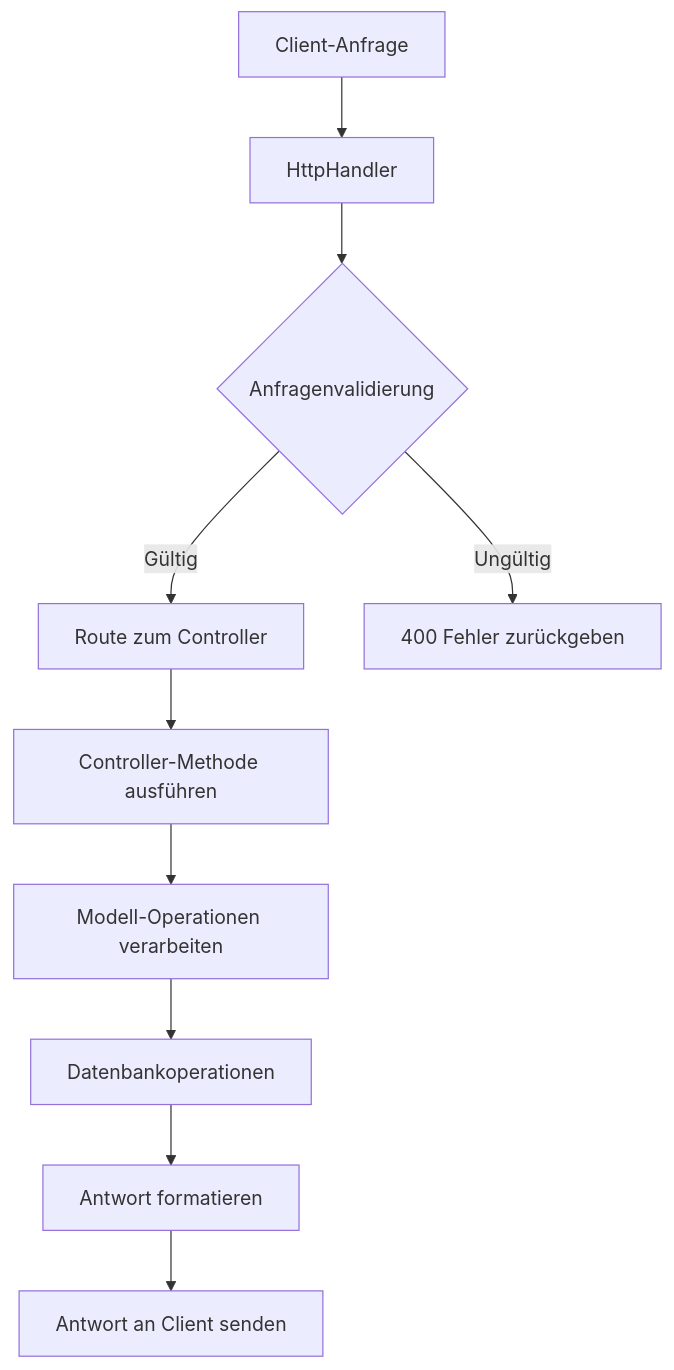
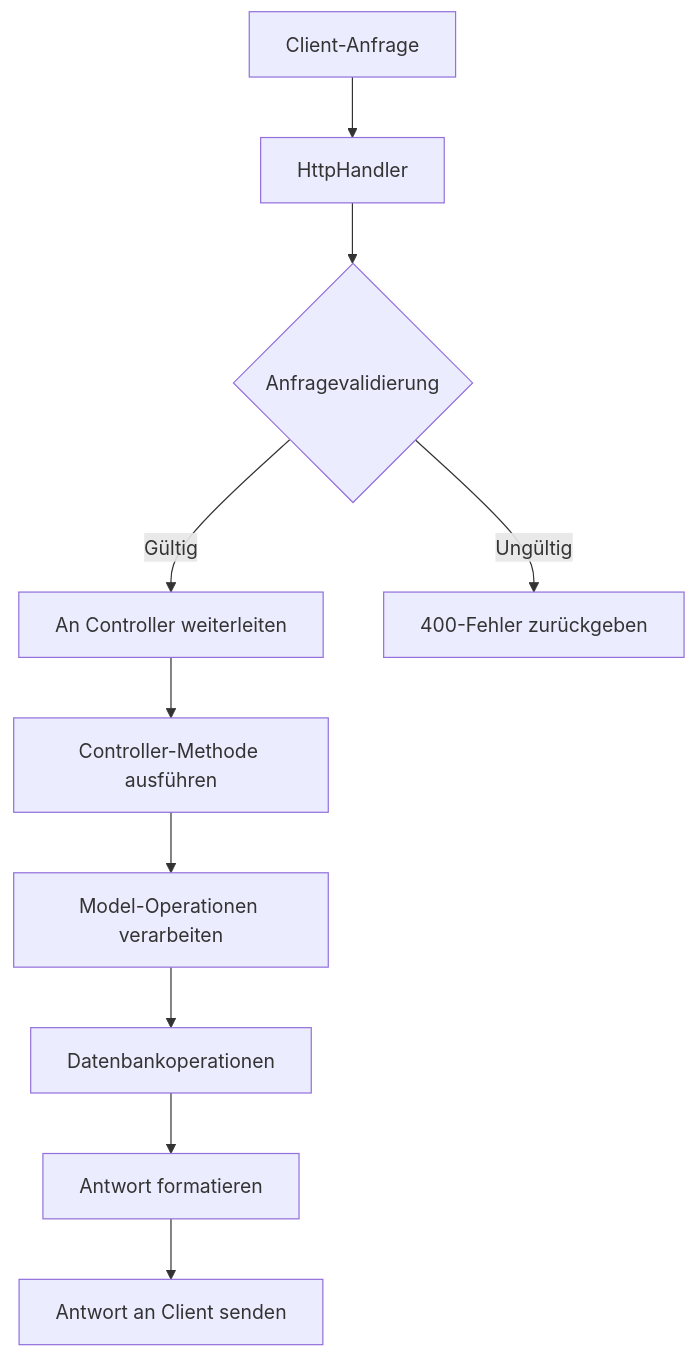
Before and after one commit to secure73/MicrosPy: the first of 4 diagrams in DOCUMENTATION.de.md, drawn with Mermaid. The commit also changed other lines of this file and 2 other files, not shown here.

````diff
--- a/DOCUMENTATION.de.md
+++ b/DOCUMENTATION.de.md
@@ -383,12 +538,12 @@
 ```mermaid
 graph TD
     A[Client-Anfrage] --> B[HttpHandler]
-    B --> C{Anfragenvalidierung}
-    C -->|Gültig| D[Route zum Controller]
-    C -->|Ungültig| E[400 Fehler zurückgeben]
+    B --> C{Anfragevalidierung}
+    C -->|Gültig| D[An Controller weiterleiten]
+    C -->|Ungültig| E[400-Fehler zurückgeben]
     D --> F[Controller-Methode ausführen]
-    F --> G[Modell-Operationen verarbeiten]
+    F --> G[Model-Operationen verarbeiten]
     G --> H[Datenbankoperationen]
     H --> I[Antwort formatieren]
     I --> J[Antwort an Client senden]
 ```
````
